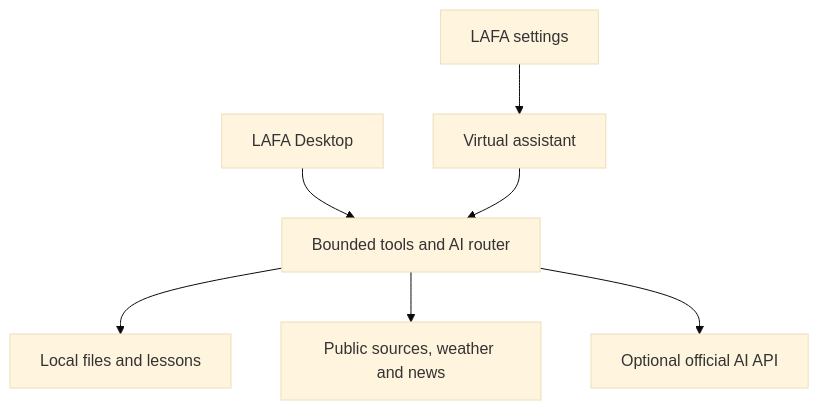
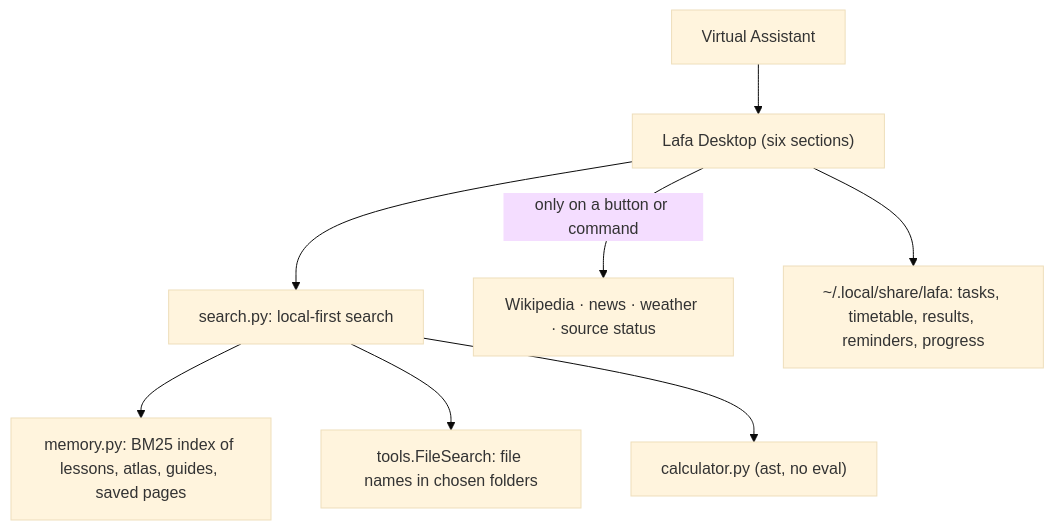
One commit to hugomonizdorego/Eduka-Lafa changed the first of 2 diagrams in docs/ARCHITECTURE.md. Above: the diagram before and after it, drawn with Mermaid (base theme). The commit also changed other lines of this file and 178 other files, not shown here.

First line of the commit message:
Lafa 0.2.0: Pendamping Belajar dan Asisten Edukasaun OS (offline first, no AI)

````diff
--- a/docs/ARCHITECTURE.md
+++ b/docs/ARCHITECTURE.md
@@ -7,9 +8,10 @@
 ```mermaid
 flowchart TD
-    Desktop["LAFA Desktop"] --> Router["Bounded tools and AI router"]
-    Settings["LAFA settings"] --> Pet["Virtual assistant"]
-    Pet --> Router
-    Router --> Local["Local files and lessons"]
-    Router --> Public["Public sources, weather and news"]
-    Router --> API["Optional official AI API"]
+    Desktop["Lafa Desktop (six sections)"] --> Search["search.py: local-first search"]
+    Pet["Virtual Assistant"] --> Desktop
+    Search --> Memory["memory.py: BM25 index of lessons, atlas, guides, saved pages"]
+    Search --> Files["tools.FileSearch: file names in chosen folders"]
+    Search --> Calc["calculator.py (ast, no eval)"]
+    Desktop -->|"only on a button or command"| Internet["Wikipedia · news · weather · source status"]
+    Desktop --> Store["~/.local/share/lafa: tasks, timetable, results, reminders, progress"]
 ```
````
